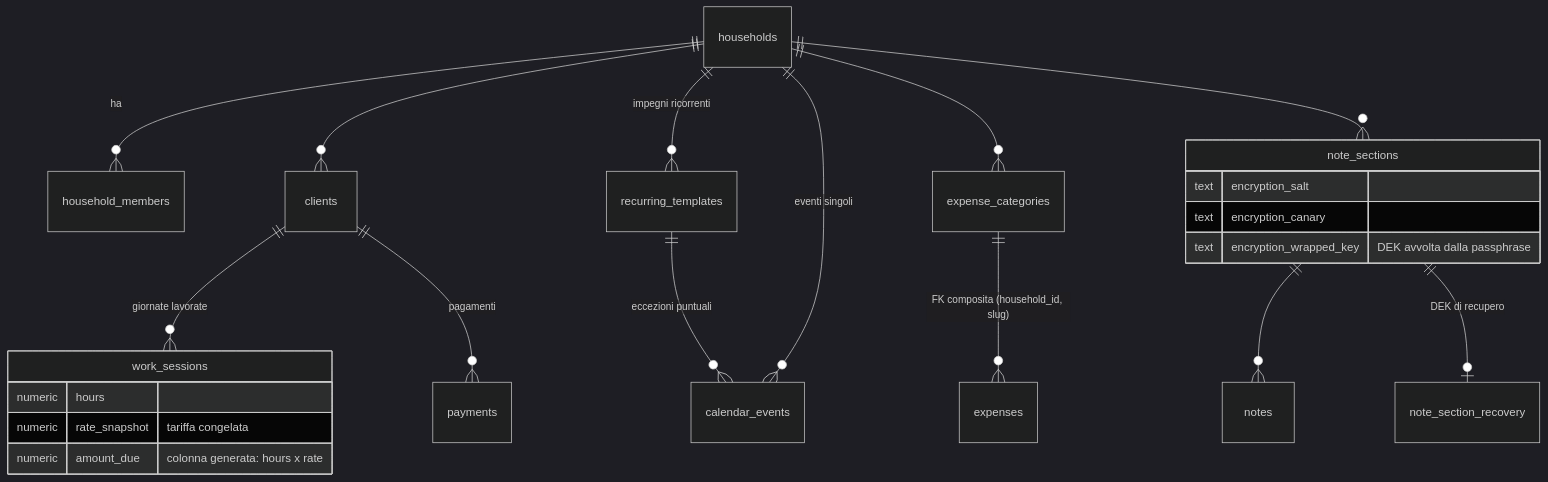
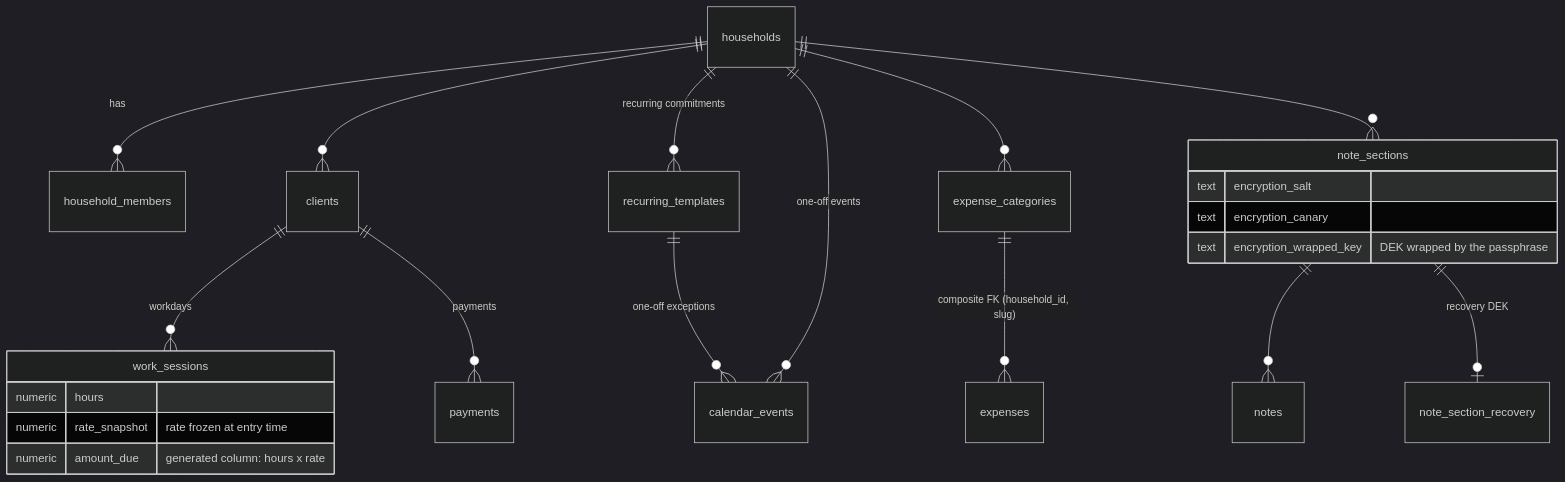
The third of 4 diagrams in README.md (MattiP99/Manager_App), drawn with Mermaid (dark theme) before and after one commit. The commit also changed other lines of this file, not shown here.

````diff
--- a/README.md
+++ b/README.md
@@ -112,26 +118,26 @@
 ```mermaid
 erDiagram
-    households ||--o{ household_members : "ha"
+    households ||--o{ household_members : "has"
     households ||--o{ clients : ""
-    clients ||--o{ work_sessions : "giornate lavorate"
-    clients ||--o{ payments : "pagamenti"
-    households ||--o{ recurring_templates : "impegni ricorrenti"
-    recurring_templates ||--o{ calendar_events : "eccezioni puntuali"
-    households ||--o{ calendar_events : "eventi singoli"
+    clients ||--o{ work_sessions : "workdays"
+    clients ||--o{ payments : "payments"
+    households ||--o{ recurring_templates : "recurring commitments"
+    recurring_templates ||--o{ calendar_events : "one-off exceptions"
+    households ||--o{ calendar_events : "one-off events"
     households ||--o{ expense_categories : ""
-    expense_categories ||--o{ expenses : "FK composita (household_id, slug)"
+    expense_categories ||--o{ expenses : "composite FK (household_id, slug)"
     households ||--o{ note_sections : ""
     note_sections ||--o{ notes : ""
-    note_sections ||--o| note_section_recovery : "DEK di recupero"
+    note_sections ||--o| note_section_recovery : "recovery DEK"
 
     work_sessions {
         numeric hours
-        numeric rate_snapshot "tariffa congelata"
-        numeric amount_due "colonna generata: hours x rate"
+        numeric rate_snapshot "rate frozen at entry time"
+        numeric amount_due "generated column: hours x rate"
     }
     note_sections {
         text encryption_salt
         text encryption_canary
-        text encryption_wrapped_key "DEK avvolta dalla passphrase"
+        text encryption_wrapped_key "DEK wrapped by the passphrase"
     }
 ```
````
